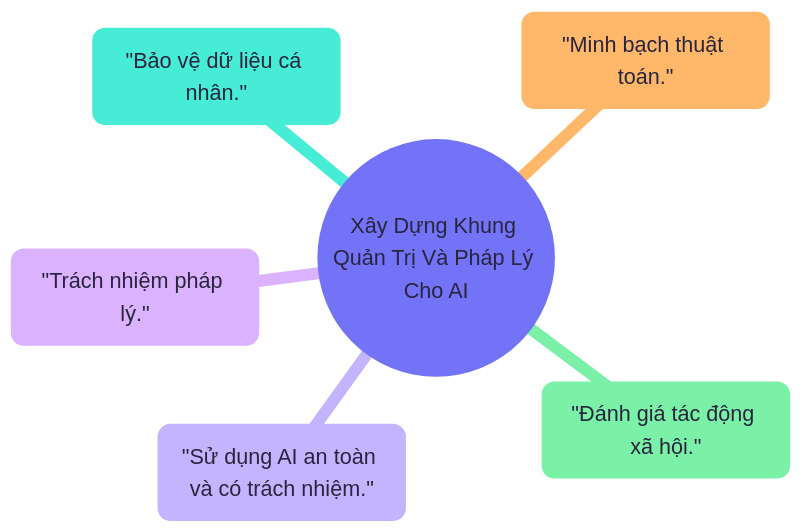
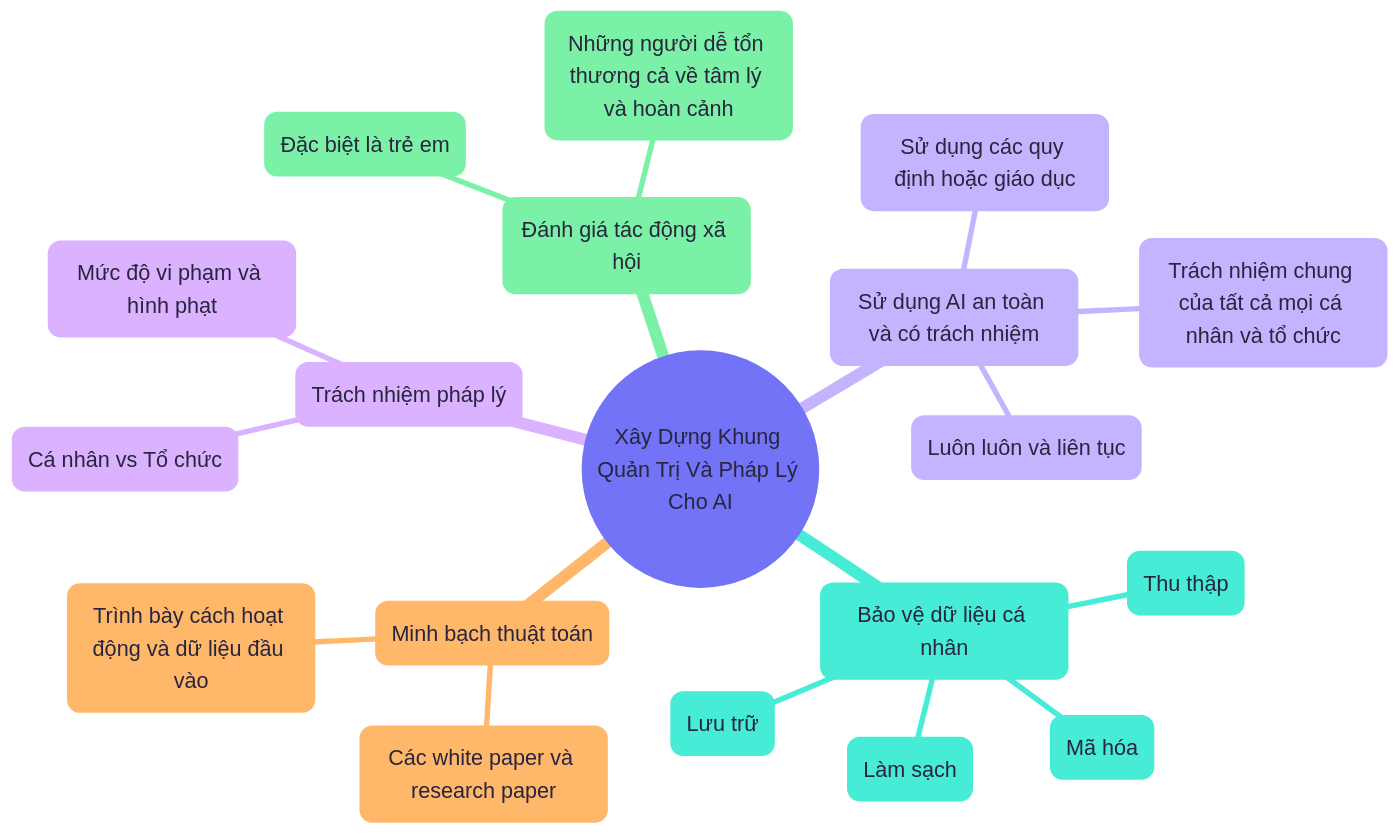
The diagram in content/diagrams/chapter05-xay-dung-khung-quan-tri-va-phap-ly-cho.mmd (sam-uit/typst-report-template), drawn with Mermaid before and after one commit. The commit also changed 2 other files, not shown here.

```diff
--- a/content/diagrams/chapter05-xay-dung-khung-quan-tri-va-phap-ly-cho.mmd
+++ b/content/diagrams/chapter05-xay-dung-khung-quan-tri-va-phap-ly-cho.mmd
@@ -1,14 +1,27 @@
 ---
 config:
   theme: redux-color
   themeVariables:
     fontFamily: Google Sans
     fontSize: 20px
 ---
 mindmap
   root(("Xây Dựng Khung Quản Trị Và Pháp Lý Cho AI"))
-    "Bảo vệ dữ liệu cá nhân."
-    "Minh bạch thuật toán."
-    "Trách nhiệm pháp lý."
-    "Đánh giá tác động xã hội."
-    "Sử dụng AI an toàn và có trách nhiệm."
+    (Bảo vệ dữ liệu cá nhân)
+      Thu thập
+      Làm sạch
+      Lưu trữ
+      Mã hóa
+    (Minh bạch thuật toán)
+      Các white paper và research paper
+      Trình bày cách hoạt động và dữ liệu đầu vào
+    (Trách nhiệm pháp lý)
+      Cá nhân vs Tổ chức
+      Mức độ vi phạm và hình phạt
+    (Đánh giá tác động xã hội)
+      Đặc biệt là trẻ em
+      Những người dễ tổn thương cả về tâm lý và hoàn cảnh
+    (Sử dụng AI an toàn và có trách nhiệm)
+      Luôn luôn và liên tục
+      Trách nhiệm chung của tất cả mọi cá nhân và tổ chức
+      Sử dụng các quy định hoặc giáo dục
```
